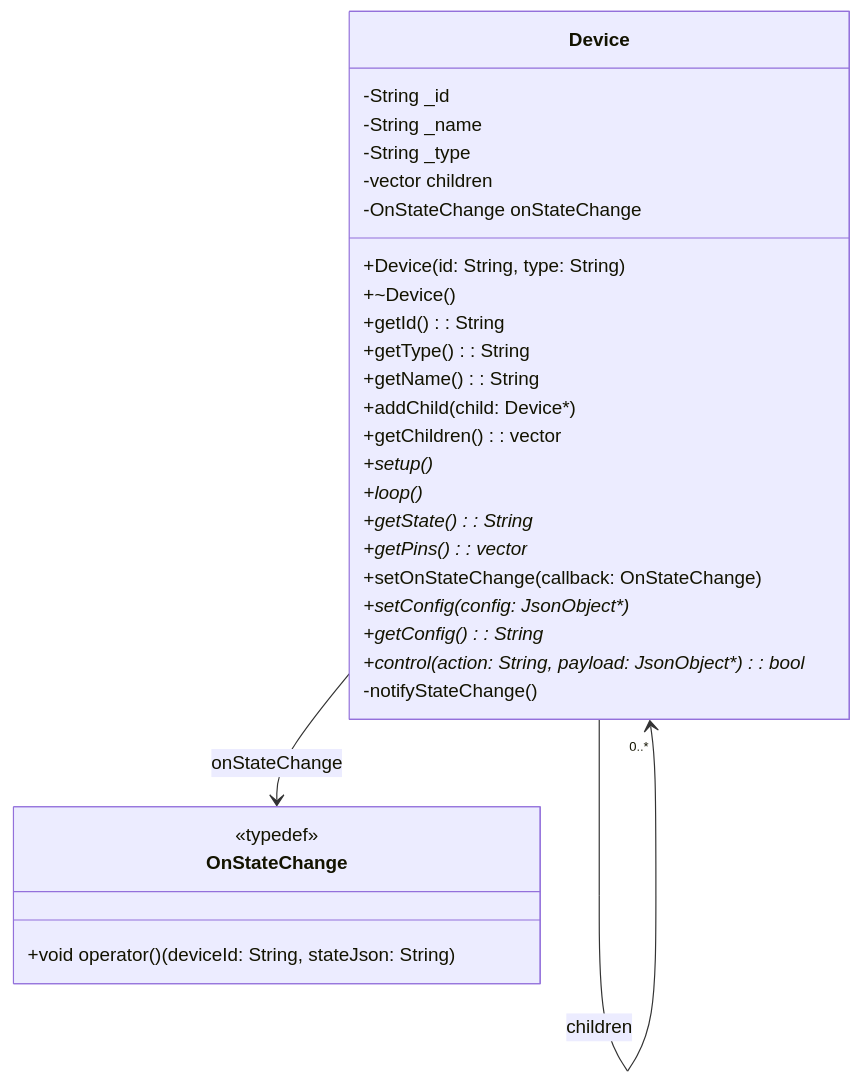
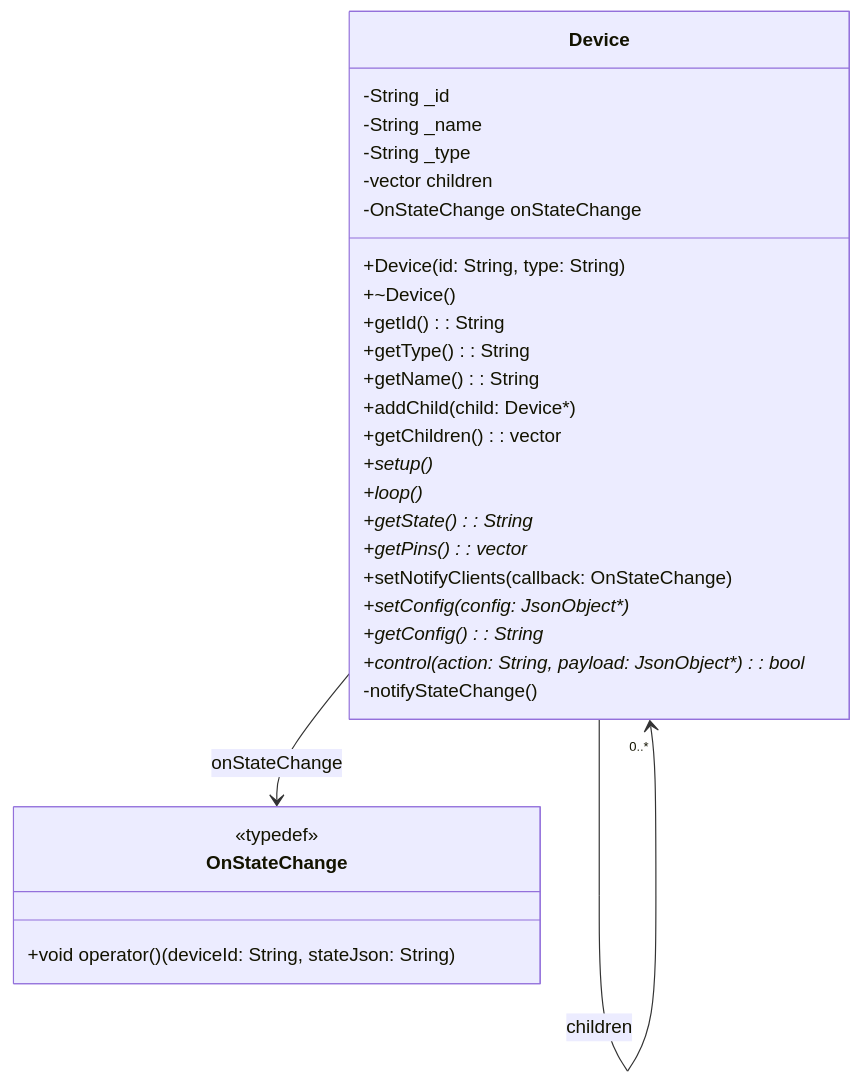
The diagram in esp32_ws/Device.MD (jovdb/marble-track), drawn with Mermaid before and after one commit. The commit also changed other lines of this file and 12 other files, not shown here.

````diff
--- a/esp32_ws/Device.MD
+++ b/esp32_ws/Device.MD
@@ -9,42 +9,42 @@
 ```mermaid
 classDiagram
     class Device {
         -String _id
         -String _name
         -String _type
         -vector<Device*> children
         -OnStateChange onStateChange
 
         +Device(id: String, type: String)
         +~Device()
 
         +getId(): String
         +getType(): String
         +getName(): String
 
         +addChild(child: Device*)
         +getChildren(): vector<Device*>
 
         +setup()*
         +loop()*
 
         +getState(): String*
         +getPins(): vector<int>*
 
-        +setOnStateChange(callback: OnStateChange)
+        +setNotifyClients(callback: OnStateChange)
 
         +setConfig(config: JsonObject*)*
         +getConfig(): String*
 
         +control(action: String, payload: JsonObject*): bool*
         -notifyStateChange()
     }
 
     class OnStateChange {
         <<typedef>>
         +void operator()(deviceId: String, stateJson: String)
     }
 
     Device --> "0..*" Device : children
     Device --> OnStateChange : onStateChange
 ```
````
